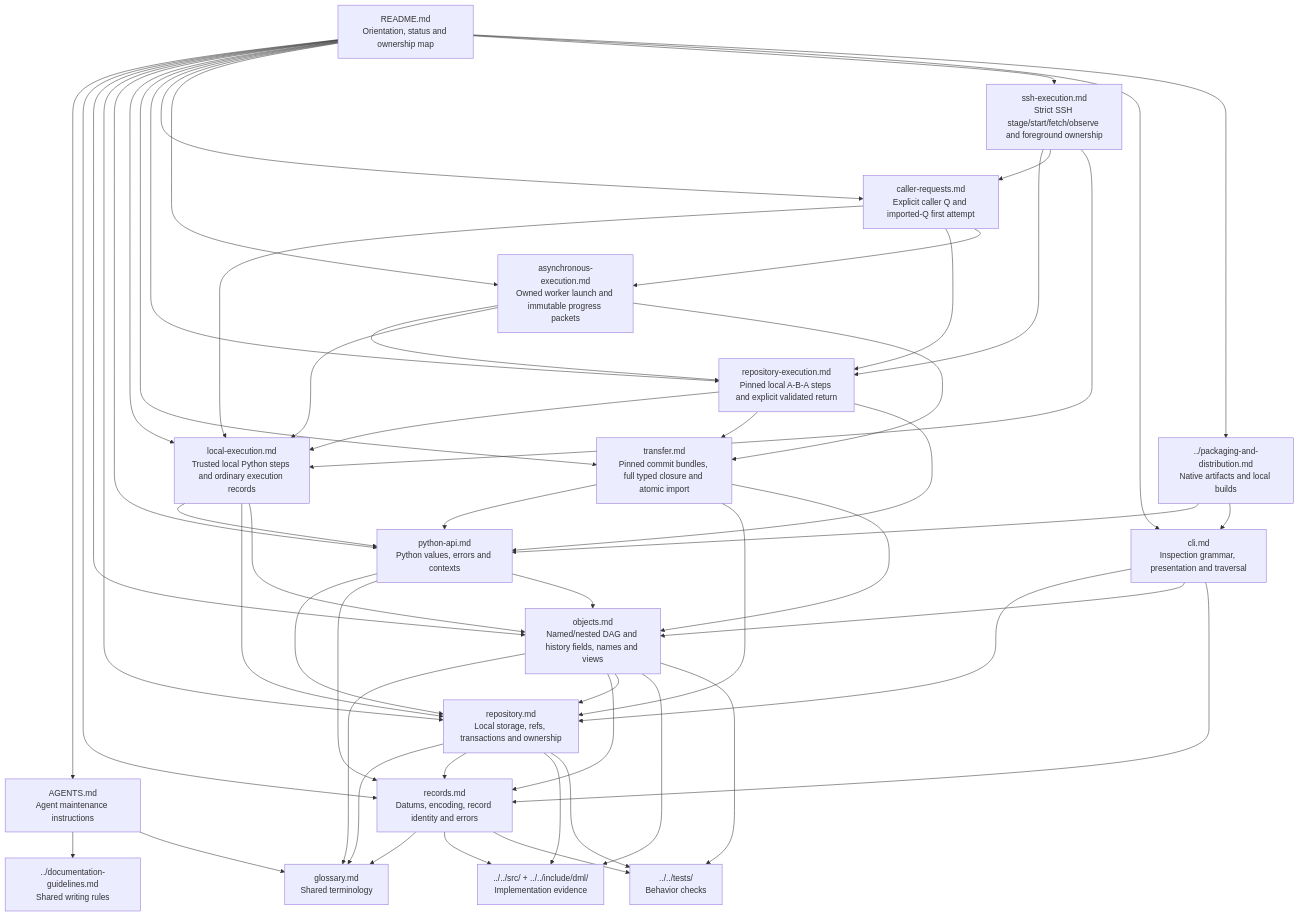
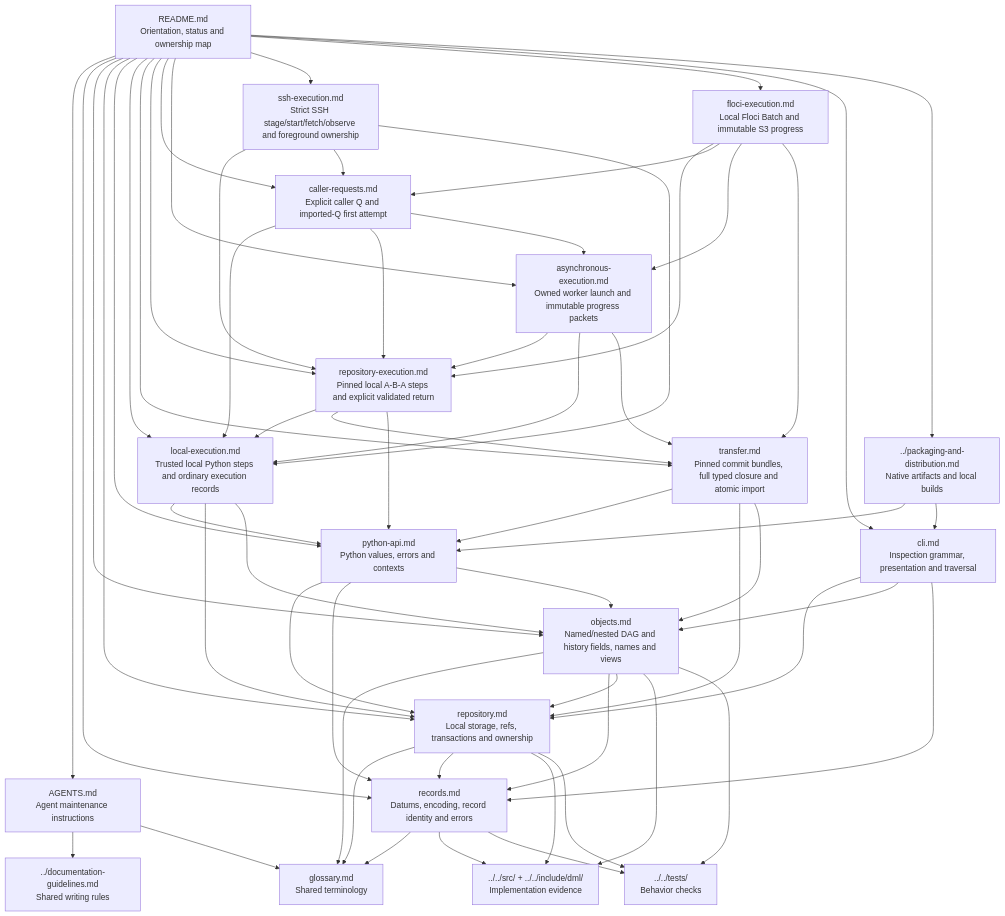
Before and after one commit to micha/dml: the diagram in docs/spec-next/README.md, drawn with Mermaid. The commit also changed other lines of this file and 32 other files, not shown here.

First line of the commit message:
Execute caller-pinned DML jobs through local Floci Batch

````diff
--- a/docs/spec-next/README.md
+++ b/docs/spec-next/README.md
@@ -35,74 +35,80 @@
 ```mermaid
 flowchart TD
     README["README.md<br/>Orientation, status and ownership map"]
     AGENTS["AGENTS.md<br/>Agent maintenance instructions"]
     GUIDE["../documentation-guidelines.md<br/>Shared writing rules"]
     GLOSSARY["glossary.md<br/>Shared terminology"]
     RECORDS["records.md<br/>Datums, encoding, record identity and errors"]
     OBJECTS["objects.md<br/>Named/nested DAG and history fields, names and views"]
     REPO["repository.md<br/>Local storage, refs, transactions and ownership"]
     PY["python-api.md<br/>Python values, errors and contexts"]
     LOCAL["local-execution.md<br/>Trusted local Python steps and ordinary execution records"]
     TRANSFER["transfer.md<br/>Pinned commit bundles, full typed closure and atomic import"]
     EXCHANGE["repository-execution.md<br/>Pinned local A-B-A steps and explicit validated return"]
     REQUEST["caller-requests.md<br/>Explicit caller Q and imported-Q first attempt"]
     ASYNC["asynchronous-execution.md<br/>Owned worker launch and immutable progress packets"]
     SSH["ssh-execution.md<br/>Strict SSH stage/start/fetch/observe and foreground ownership"]
+    FLOCI["floci-execution.md<br/>Local Floci Batch and immutable S3 progress"]
     CLI["cli.md<br/>Inspection grammar, presentation and traversal"]
     PACK["../packaging-and-distribution.md<br/>Native artifacts and local builds"]
     CODE["../../src/ + ../../include/dml/<br/>Implementation evidence"]
     TESTS["../../tests/<br/>Behavior checks"]
     README --> AGENTS
     README --> RECORDS
     README --> OBJECTS
     README --> REPO
     README --> PY
     README --> LOCAL
     README --> TRANSFER
     README --> EXCHANGE
     EXCHANGE --> LOCAL
     EXCHANGE --> TRANSFER
     EXCHANGE --> PY
     README --> REQUEST
     REQUEST --> LOCAL
     REQUEST --> EXCHANGE
     REQUEST --> ASYNC
     README --> ASYNC
     ASYNC --> EXCHANGE
     ASYNC --> LOCAL
     ASYNC --> TRANSFER
     README --> SSH
     SSH --> EXCHANGE
     SSH --> REQUEST
     SSH --> LOCAL
+    README --> FLOCI
+    FLOCI --> EXCHANGE
+    FLOCI --> REQUEST
+    FLOCI --> ASYNC
+    FLOCI --> TRANSFER
     README --> CLI
     README --> PACK
     PY --> REPO
     PY --> RECORDS
     PY --> OBJECTS
     LOCAL --> PY
     LOCAL --> REPO
     LOCAL --> OBJECTS
     TRANSFER --> PY
     TRANSFER --> REPO
     TRANSFER --> OBJECTS
     CLI --> REPO
     CLI --> OBJECTS
     CLI --> RECORDS
     PACK --> PY
     PACK --> CLI
     AGENTS --> GUIDE
     AGENTS --> GLOSSARY
     RECORDS --> GLOSSARY
     OBJECTS --> GLOSSARY
     OBJECTS --> RECORDS
     OBJECTS --> REPO
     OBJECTS --> CODE
     OBJECTS --> TESTS
     REPO --> GLOSSARY
     REPO --> RECORDS
     RECORDS --> CODE
     RECORDS --> TESTS
     REPO --> CODE
     REPO --> TESTS
 ```
````
